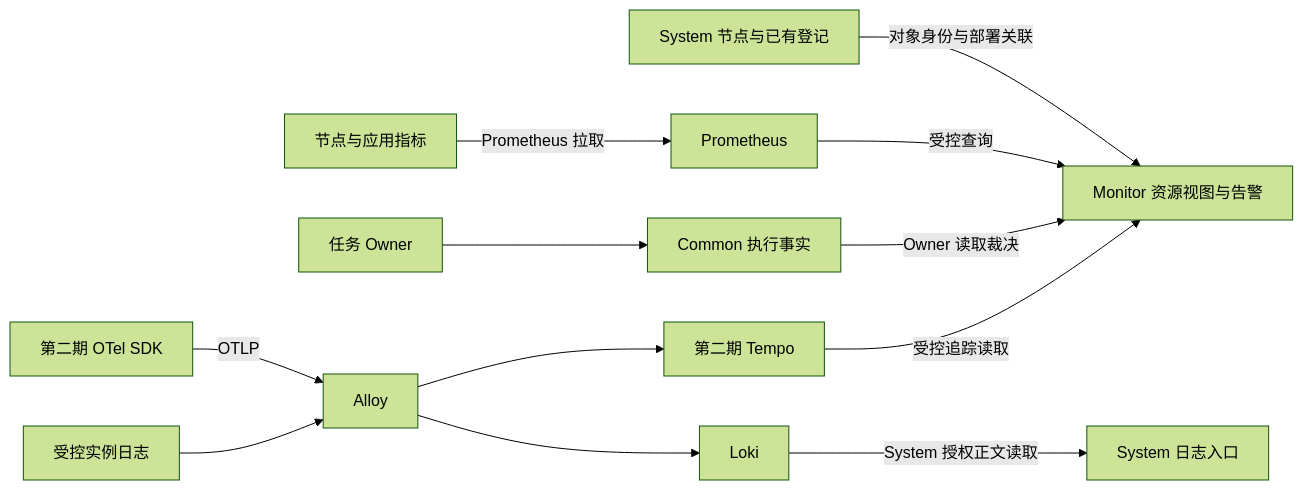
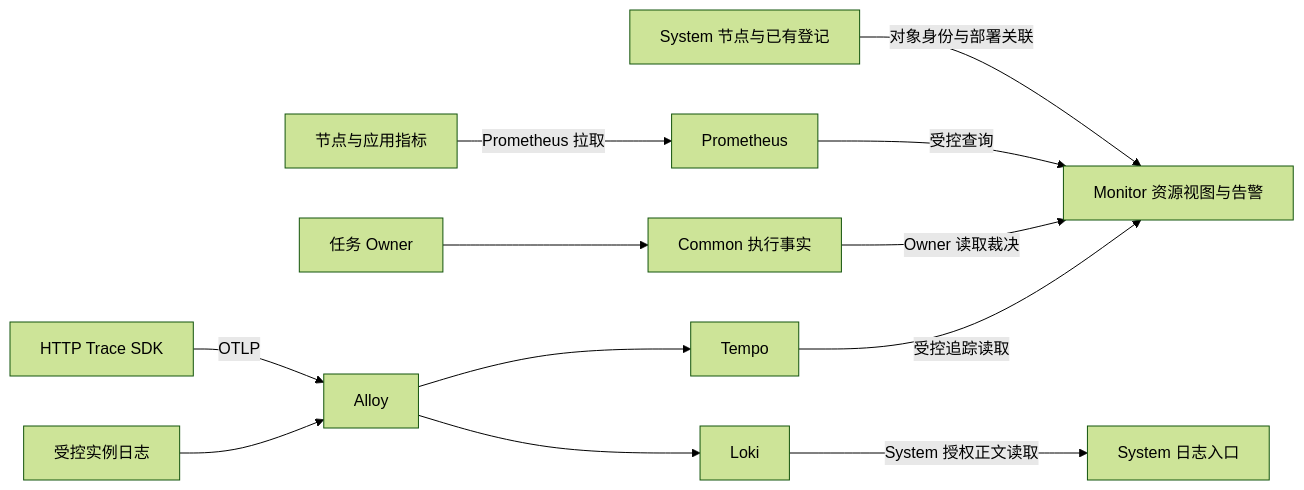
Before and after one commit to pampa0629/addp: the second of 2 diagrams in docs/concepts/monitoring/平台日志与运行观测.md, drawn with Mermaid (forest theme). The commit also changed other lines of this file and 1 other file, not shown here.

````diff
--- a/docs/concepts/monitoring/平台日志与运行观测.md
+++ b/docs/concepts/monitoring/平台日志与运行观测.md
@@ -40,14 +40,14 @@
 ```mermaid
 flowchart LR
     System[System 节点与已有登记] -->|对象身份与部署关联| Monitor[Monitor 资源视图与告警]
     Exporter[节点与应用指标] -->|Prometheus 拉取| Metrics[Prometheus]
     Metrics -->|受控查询| Monitor
     Owner[任务 Owner] --> Facts[Common 执行事实]
     Facts -->|Owner 读取裁决| Monitor
     Files[受控实例日志] --> Alloy[Alloy]
     Alloy --> Loki[Loki]
     Loki -->|System 授权正文读取| Logs[System 日志入口]
-    SDK[第二期 OTel SDK] -->|OTLP| Alloy
-    Alloy --> Tempo[第二期 Tempo]
+    SDK[HTTP Trace SDK] -->|OTLP| Alloy
+    Alloy --> Tempo[Tempo]
     Tempo -->|受控追踪读取| Monitor
 ```
````
